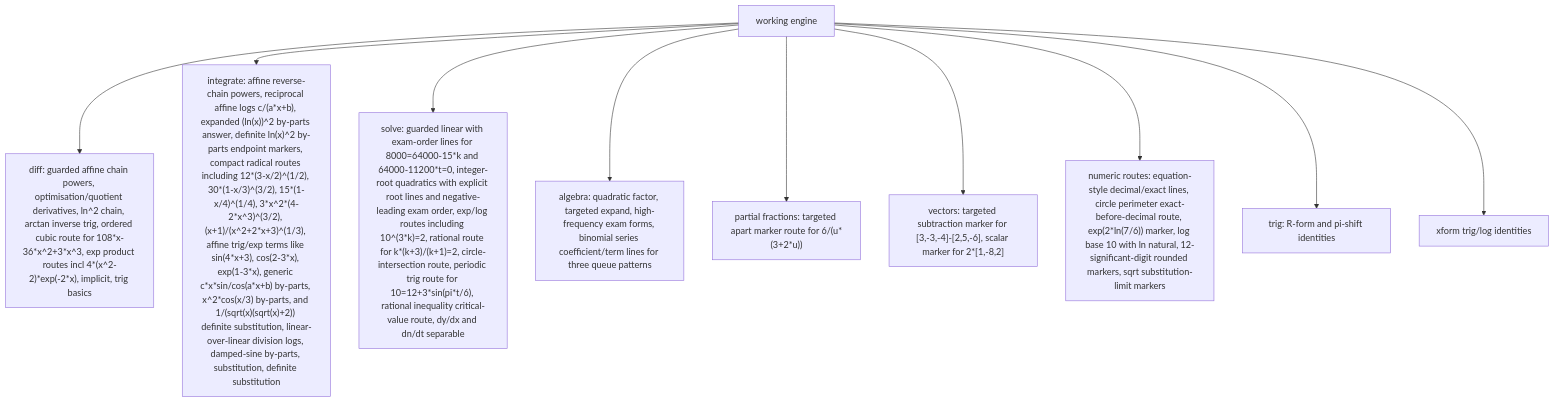
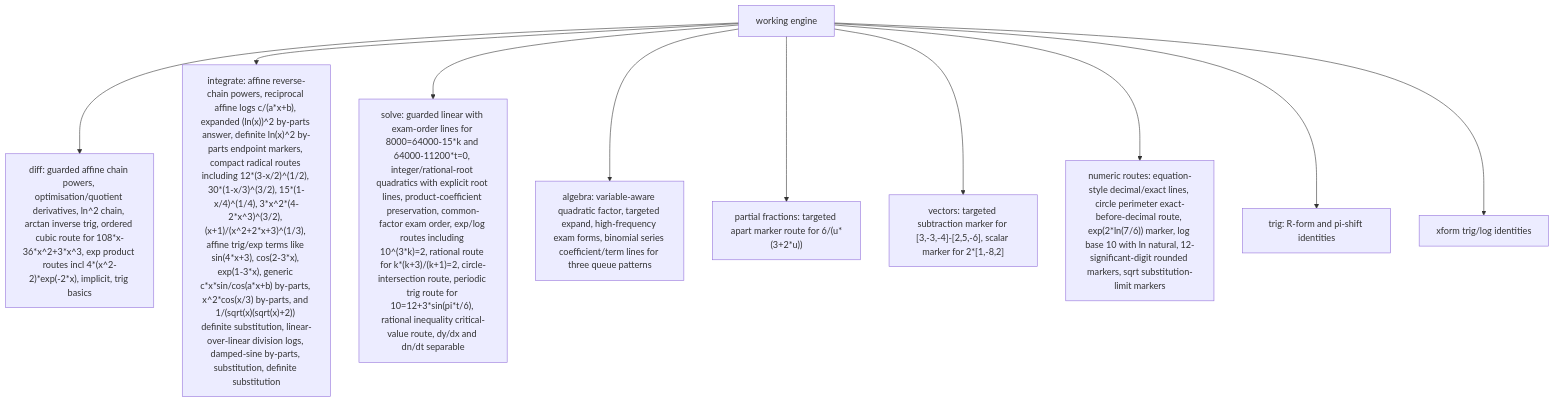
The third of 6 diagrams in docs/GRAPH.md (james8464/notes-addin-casio-fx-cg50), drawn with Mermaid before and after one commit. The commit also changed other lines of this file and 3 other files, not shown here.

Commit message:
improve quadratic working routes

````diff
--- a/docs/GRAPH.md
+++ b/docs/GRAPH.md
@@ -36,12 +36,12 @@
 ```mermaid
 graph TD
   Work["working engine"] --> Diff["diff: guarded affine chain powers, optimisation/quotient derivatives, ln^2 chain, arctan inverse trig, ordered cubic route for 108*x-36*x^2+3*x^3, exp product routes incl 4*(x^2-2)*exp(-2*x), implicit, trig basics"]
   Work --> Int["integrate: affine reverse-chain powers, reciprocal affine logs c/(a*x+b), expanded (ln(x))^2 by-parts answer, definite ln(x)^2 by-parts endpoint markers, compact radical routes including 12*(3-x/2)^(1/2), 30*(1-x/3)^(3/2), 15*(1-x/4)^(1/4), 3*x^2*(4-2*x^3)^(3/2), (x+1)/(x^2+2*x+3)^(1/3), affine trig/exp terms like sin(4*x+3), cos(2-3*x), exp(1-3*x), generic c*x*sin/cos(a*x+b) by-parts, x^2*cos(x/3) by-parts, and 1/(sqrt(x)(sqrt(x)+2)) definite substitution, linear-over-linear division logs, damped-sine by-parts, substitution, definite substitution"]
-  Work --> Solve["solve: guarded linear with exam-order lines for 8000=64000-15*k and 64000-11200*t=0, integer-root quadratics with explicit root lines and negative-leading exam order, exp/log routes including 10^(3*k)=2, rational route for k*(k+3)/(k+1)=2, circle-intersection route, periodic trig route for 10=12+3*sin(pi*t/6), rational inequality critical-value route, dy/dx and dn/dt separable"]
-  Work --> Alg["algebra: quadratic factor, targeted expand, high-frequency exam forms, binomial series coefficient/term lines for three queue patterns"]
+  Work --> Solve["solve: guarded linear with exam-order lines for 8000=64000-15*k and 64000-11200*t=0, integer/rational-root quadratics with explicit root lines, product-coefficient preservation, common-factor exam order, exp/log routes including 10^(3*k)=2, rational route for k*(k+3)/(k+1)=2, circle-intersection route, periodic trig route for 10=12+3*sin(pi*t/6), rational inequality critical-value route, dy/dx and dn/dt separable"]
+  Work --> Alg["algebra: variable-aware quadratic factor, targeted expand, high-frequency exam forms, binomial series coefficient/term lines for three queue patterns"]
   Work --> PF["partial fractions: targeted apart marker route for 6/(u*(3+2*u))"]
   Work --> Vec["vectors: targeted subtraction marker for [3,-3,-4]-[2,5,-6], scalar marker for 2*[1,-8,2]"]
   Work --> Num["numeric routes: equation-style decimal/exact lines, circle perimeter exact-before-decimal route, exp(2*ln(7/6)) marker, log base 10 with ln natural, 12-significant-digit rounded markers, sqrt substitution-limit markers"]
   Work --> Trig["trig: R-form and pi-shift identities"]
   Work --> Xform["xform trig/log identities"]
 ```
````
